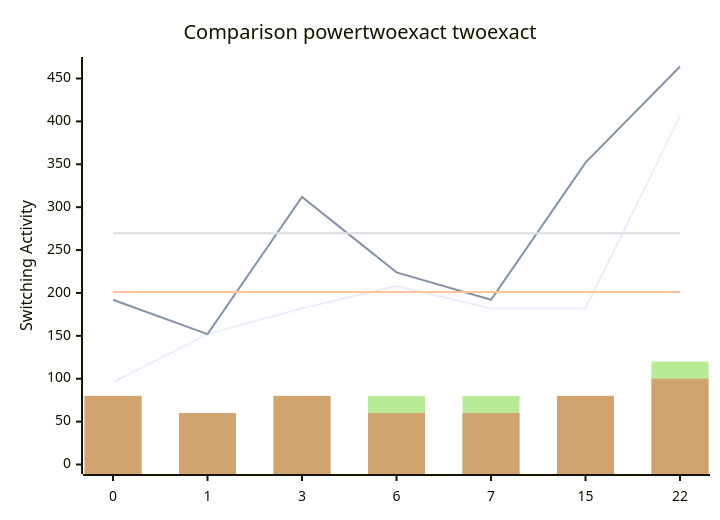
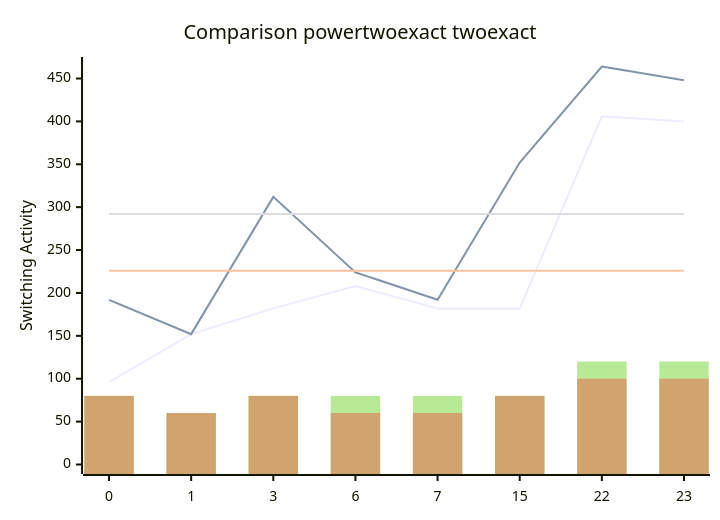
One commit to FeldmeierMichael/Exact-Power-Synthesis changed the diagram in benchmark.md. Above: the diagram before and after it, drawn with Mermaid. The commit also changed other lines of this file and 2 other files, not shown here.

````diff
--- a/benchmark.md
+++ b/benchmark.md
@@ -19,12 +21,12 @@
 ```mermaid
 xychart-beta
     title "Comparison powertwoexact twoexact"
-    x-axis [0, 1, 3, 6, 7, 15, 22]
+    x-axis [0, 1, 3, 6, 7, 15, 22, 23]
     y-axis "Switching Activity" 0-->464
-    line [96, 152, 182, 208, 182, 182, 406]
-    line [192, 152, 312, 224, 192, 352, 464]
-    line [201.14285714285714, 201.14285714285714, 201.14285714285714, 201.14285714285714, 201.14285714285714, 201.14285714285714, 201.14285714285714]
-    line [269.7142857142857, 269.7142857142857, 269.7142857142857, 269.7142857142857, 269.7142857142857, 269.7142857142857, 269.7142857142857]
-    bar [80, 60, 80, 80, 80, 80, 120]
-    bar [80, 60, 80, 60, 60, 80, 100]
+    line [96, 152, 182, 208, 182, 182, 406, 400]
+    line [192, 152, 312, 224, 192, 352, 464, 448]
+    line [226.0, 226.0, 226.0, 226.0, 226.0, 226.0, 226.0, 226.0]
+    line [292.0, 292.0, 292.0, 292.0, 292.0, 292.0, 292.0, 292.0]
+    bar [80, 60, 80, 80, 80, 80, 120, 120]
+    bar [80, 60, 80, 60, 60, 80, 100, 100]
 ```
````
